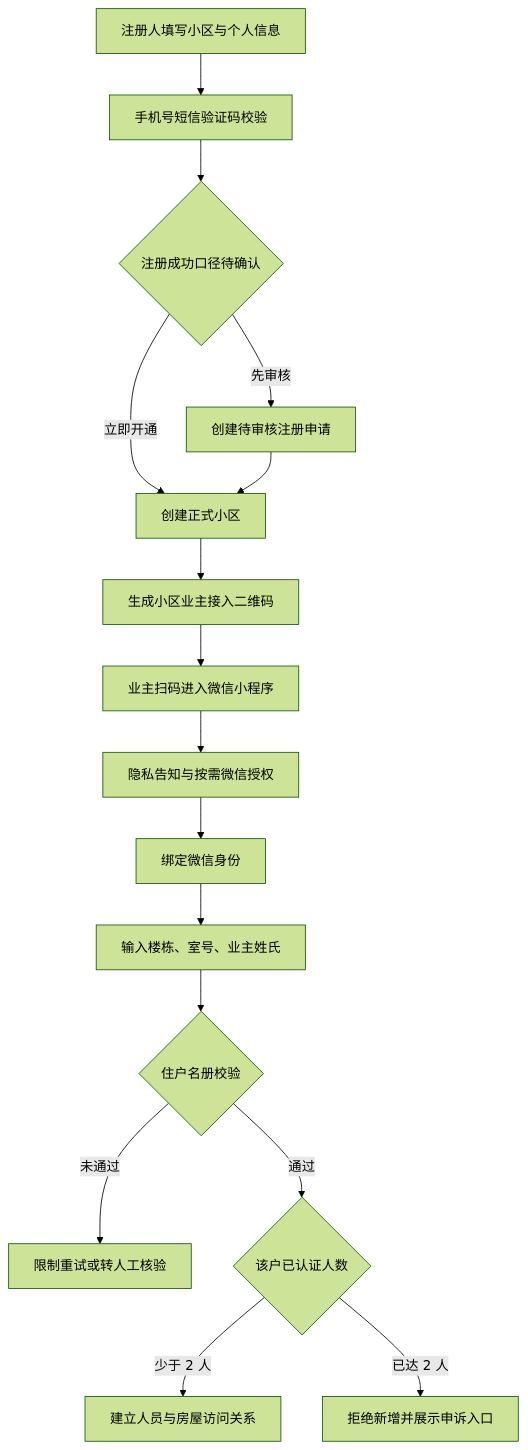
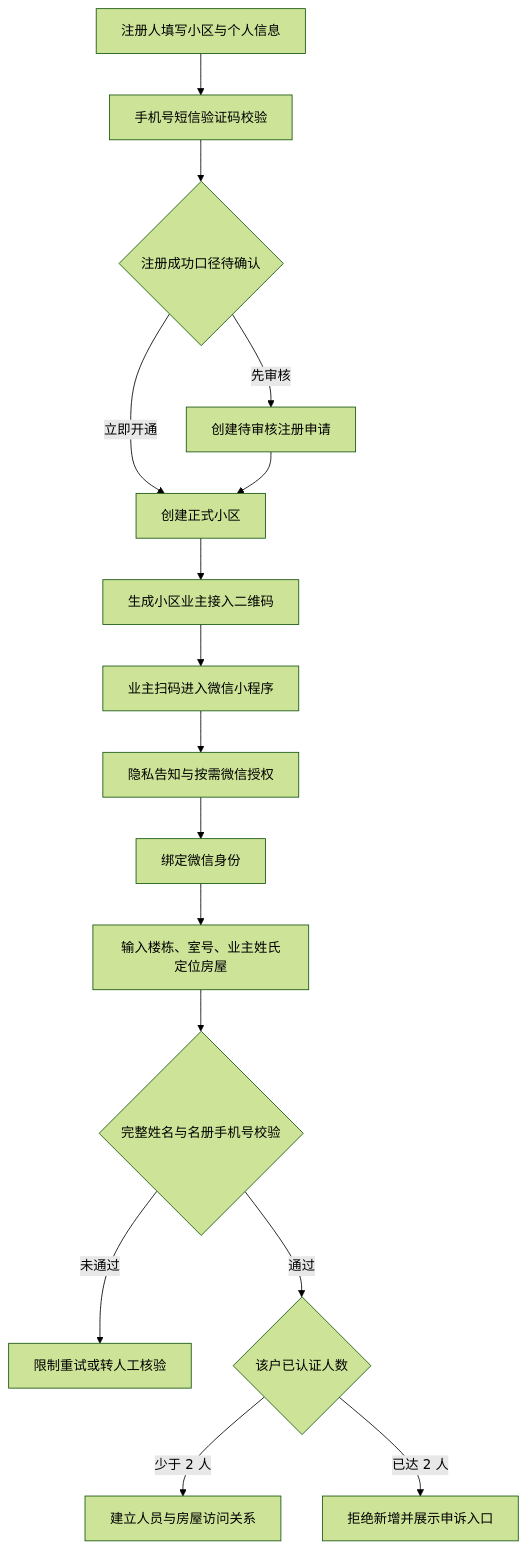
The second of 3 diagrams in docs/小区注册与初始化方案.md (cheneyjuu/pangu), drawn with Mermaid (forest theme) before and after one commit. The commit also changed other lines of this file, not shown here.

````diff
--- a/docs/小区注册与初始化方案.md
+++ b/docs/小区注册与初始化方案.md
@@ -311,18 +317,18 @@
 ```mermaid
 flowchart TD
     A["注册人填写小区与个人信息"] --> B["手机号短信验证码校验"]
     B --> C{"注册成功口径待确认"}
     C -->|立即开通| D["创建正式小区"]
     C -->|先审核| E["创建待审核注册申请"]
     E --> D
     D --> F["生成小区业主接入二维码"]
     F --> G["业主扫码进入微信小程序"]
     G --> H["隐私告知与按需微信授权"]
     H --> I["绑定微信身份"]
-    I --> J["输入楼栋、室号、业主姓氏"]
-    J --> K{"住户名册校验"}
+    I --> J["输入楼栋、室号、业主姓氏定位房屋"]
+    J --> K{"完整姓名与名册手机号校验"}
     K -->|未通过| L["限制重试或转人工核验"]
     K -->|通过| M{"该户已认证人数"}
     M -->|少于 2 人| N["建立人员与房屋访问关系"]
     M -->|已达 2 人| O["拒绝新增并展示申诉入口"]
 ```
````
